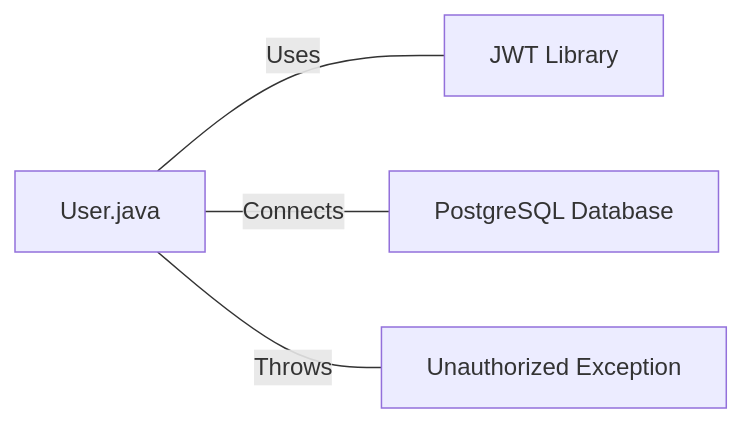
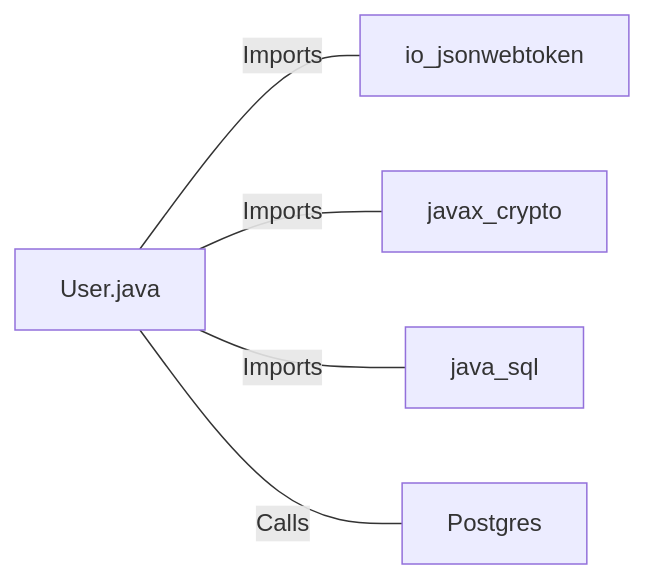
One commit to julioarruda/vulnado changed the second of 2 diagrams in wiki/src/java/com/scalesec/vulnado/User.java.md. Above: the diagram before and after it, drawn with Mermaid. The commit also changed other lines of this file and 1 other file, not shown here.

````diff
--- a/wiki/src/java/com/scalesec/vulnado/User.java.md
+++ b/wiki/src/java/com/scalesec/vulnado/User.java.md
@@ -30,6 +30,7 @@
 ```mermaid
 flowchart LR
-    User.java --- |"Uses"| jwt["JWT Library"]
-    User.java --- |"Connects"| postgres["PostgreSQL Database"]
-    User.java --- |"Throws"| unauthorized["Unauthorized Exception"]
+    User.java --- |"Imports"| io_jsonwebtoken
+    User.java --- |"Imports"| javax_crypto
+    User.java --- |"Imports"| java_sql
+    User.java --- |"Calls"| Postgres
 ```
````
